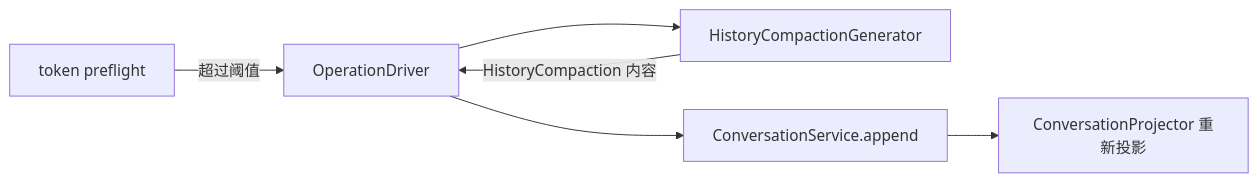
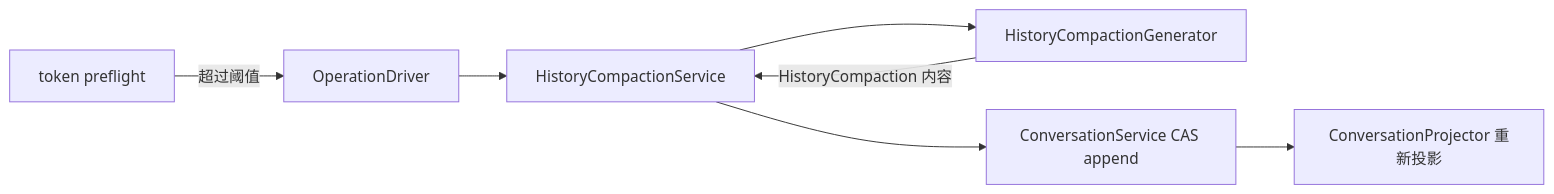
The third of 3 diagrams in docs/upgrade/2026-08-27-observation-driven-runtime-findings.md (xiesunsun/MyOpenClaw), drawn with Mermaid before and after one commit. The commit also changed other lines of this file and 35 other files, not shown here.

Commit message:
升级 HistoryCompaction 压缩机制

````diff
--- a/docs/upgrade/2026-08-27-observation-driven-runtime-findings.md
+++ b/docs/upgrade/2026-08-27-observation-driven-runtime-findings.md
@@ -185,8 +186,9 @@
 ```mermaid
 flowchart LR
     P[token preflight] -->|超过阈值| O[OperationDriver]
-    O --> G[HistoryCompactionGenerator]
-    G -->|HistoryCompaction 内容| O
-    O --> S[ConversationService.append]
+    O --> C[HistoryCompactionService]
+    C --> G[HistoryCompactionGenerator]
+    G -->|HistoryCompaction 内容| C
+    C --> S[ConversationService CAS append]
     S --> R[ConversationProjector 重新投影]
 ```
````
